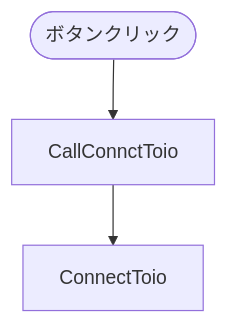
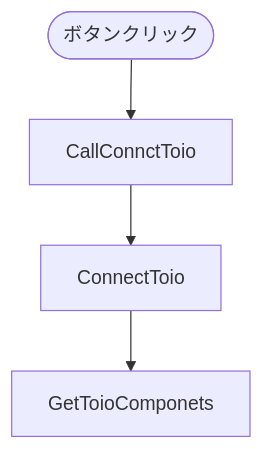
One commit to Ryuzo-MYU/weak-toio changed the diagram in Document/design/ToioConnecter_ConnectToio.md. Above: the diagram before and after it, drawn with Mermaid.

Commit message:
2025年1月3日 12:39

````diff
--- a/Document/design/ToioConnecter_ConnectToio.md
+++ b/Document/design/ToioConnecter_ConnectToio.md
@@ -6,6 +6,7 @@
 ```mermaid
  graph TD
   Start([ボタンクリック]) --> CallConnctToio
   CallConnctToio --> ConnectToio
+  ConnectToio --> GetToioComponets
   
 ```
````
